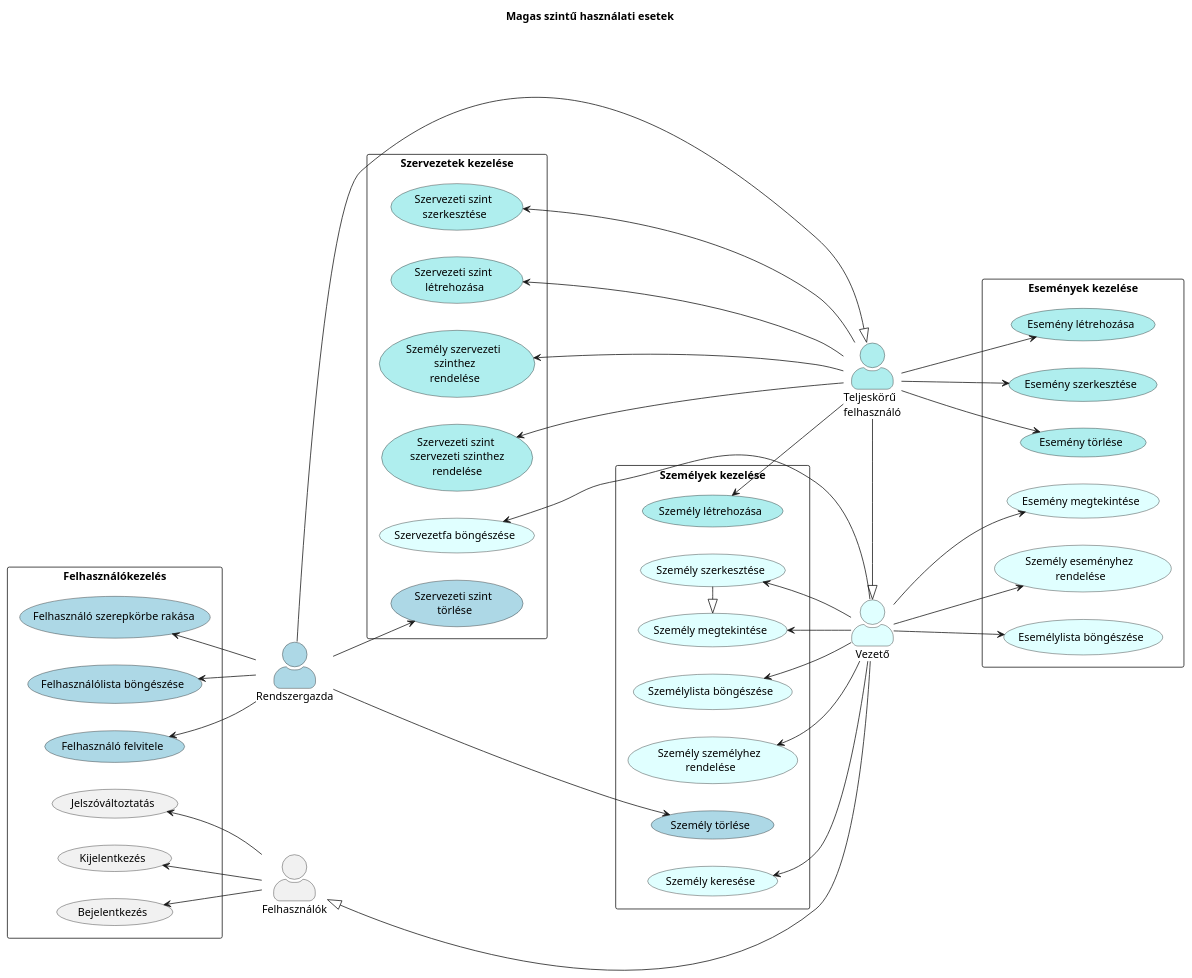
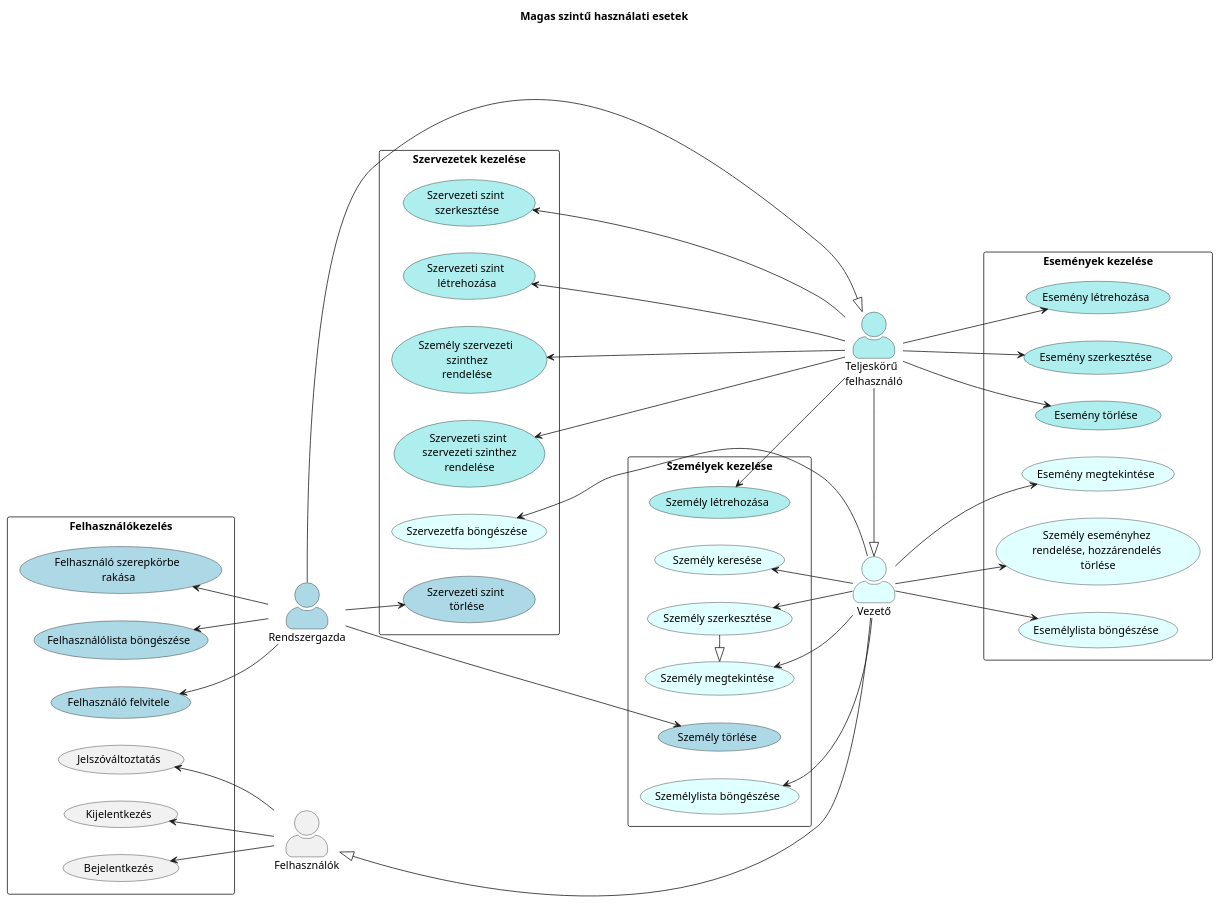
Before and after one commit to Vibenk/LilaElefant: the diagram in Használati_esetek_HL.puml, drawn with PlantUML. The commit also changed 11 other files, not shown here.

```diff
--- a/Használati_esetek_HL.puml
+++ b/Használati_esetek_HL.puml
@@ -1,100 +1,100 @@
 @startuml
 
 title Magas szintű használati esetek
 
 skinparam actorStyle awesome
 left to right direction
 
 "Teljeskörű \nfelhasználó" as SuperUser #PaleTurquoise
 "Vezető" as User #LightCyan
 "Felhasználók" as Users
 "Rendszergazda" as Admin #LightBlue
 
 rectangle "Szervezetek kezelése" {
+    (Szervezeti szint \nlétrehozása) as CreateOrg #PaleTurquoise
+    (Szervezeti szint \nszervezeti szinthez\nrendelése) as LinkOrg #PaleTurquoise
     (Szervezetfa böngészése) as BrowseHierarchy #LightCyan
-    (Szervezeti szint \nlétrehozása) as CreateOrg #PaleTurquoise
     (Szervezeti szint \nszerkesztése) as EditOrg #PaleTurquoise
-    (Szervezeti szint \nszervezeti szinthez\nrendelése) as LinkOrg #PaleTurquoise
     (Szervezeti szint \ntörlése) as DeleteOrg #LightBlue
     (Személy szervezeti \n szinthez \nrendelése) as AssignPerson #PaleTurquoise
 }
 rectangle "Személyek kezelése" {
+    (Személy létrehozása) as CreatePerson #PaleTurquoise
     (Személylista böngészése) as BrowsePeople #LightCyan
+    (Személy keresése) as SearchPerson #LightCyan
+    (Személy szerkesztése) as EditPerson #LightCyan
     (Személy megtekintése) as DisplayPerson #LightCyan
-    (Személy szerkesztése) as EditPerson #LightCyan
-    (Személy létrehozása) as CreatePerson #PaleTurquoise
     (Személy törlése) as DeletePerson #LightBlue
-    (Személy keresése) as SearchPerson #LightCyan
-    (Személy személyhez \nrendelése) as LinkPerson #LightCyan
+'    (Személy személyhez \nrendelése) as LinkPerson #LightCyan
 }
 rectangle "Események kezelése" {
     (Esemény létrehozása) as CreateEvent #PaleTurquoise
     (Esemény szerkesztése) as EditEvent #PaleTurquoise
     (Esemény törlése) as DeleteEvent #PaleTurquoise
     (Esemény megtekintése) as DisplayEvent #LightCyan
-    (Személy eseményhez \nrendelése) as AssignPersonEvent #LightCyan
+    (Személy eseményhez \nrendelése, hozzárendelés \ntörlése) as AssignPersonEvent #LightCyan
     (Esemélylista böngészése) as BrowseEvents #LightCyan
 }
 rectangle "Felhasználókezelés" {
     (Bejelentkezés) as Login
     (Kijelentkezés) as Logout
     (Jelszóváltoztatás) as ChangePassword
     (Felhasználó felvitele) as AddUser #LightBlue
     (Felhasználólista böngészése) as BrowseUsers #LightBlue
-    (Felhasználó szerepkörbe rakása) as AssignUser #LightBlue
+    (Felhasználó szerepkörbe \nrakása) as AssignUser #LightBlue
 }
 
 
 
 EditPerson -left-|> DisplayPerson
 'CreatePerson -up-|> DisplayPerson
 
 Admin ----|> SuperUser
 SuperUser -right-|> User
 User -left-|> Users
 
 Users -up-> Login
 Users -up-> Logout
 Users -up-> ChangePassword
 
 ' User ***************
 User -left-> BrowsePeople
 User -left-> DisplayPerson
 User -left-> EditPerson
-User -left-> LinkPerson
+'User -left-> LinkPerson
 User -left-> SearchPerson
 
 User ---up-> BrowseHierarchy
 
 User ---> DisplayEvent
 User ---> AssignPersonEvent
 User ---> BrowseEvents
 
 
 
 ' SuperUser ************
 SuperUser -up-> CreatePerson
 SuperUser -up-> AssignPerson
 
 SuperUser ---up-> CreateOrg
 SuperUser ---up-> EditOrg
 SuperUser ---up-> LinkOrg
 
 SuperUser ---> DeleteEvent
 SuperUser ---> CreateEvent
 SuperUser ---> EditEvent
 
 
 
 ' Admin ************
 Admin -> DeletePerson
 
 Admin --> DeleteOrg
 
 Admin -up-> AddUser
 Admin -up-> BrowseUsers
 Admin -up-> AssignUser
 
 
 
 @enduml
```
